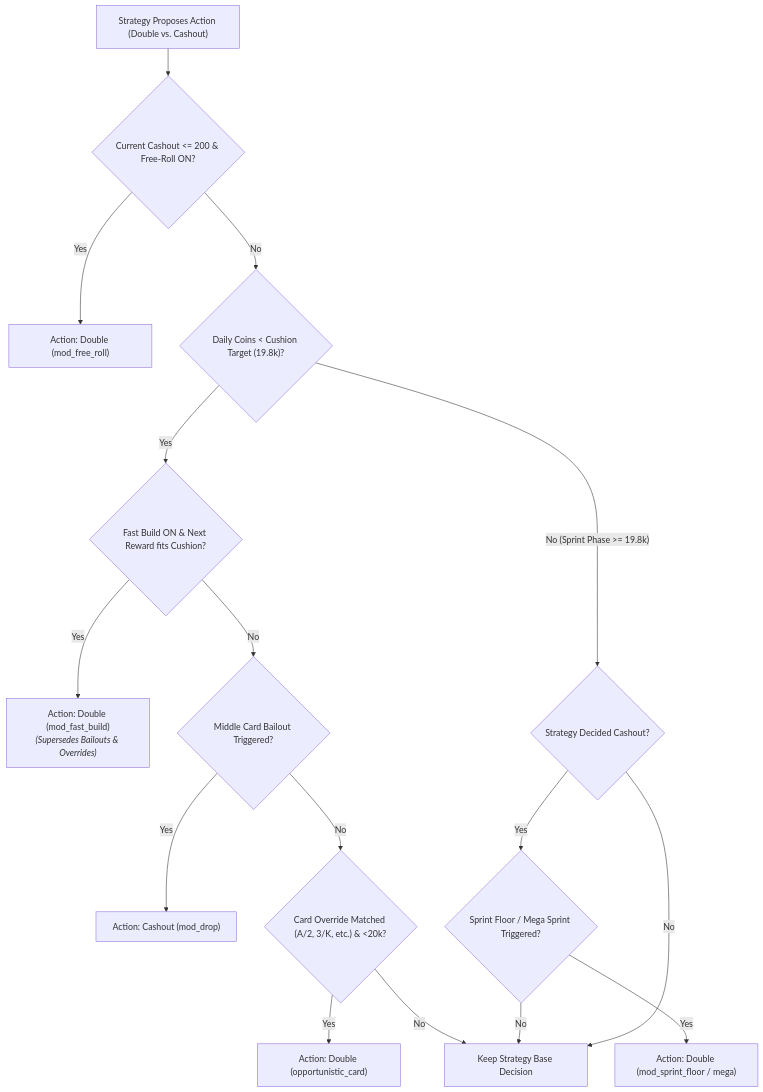
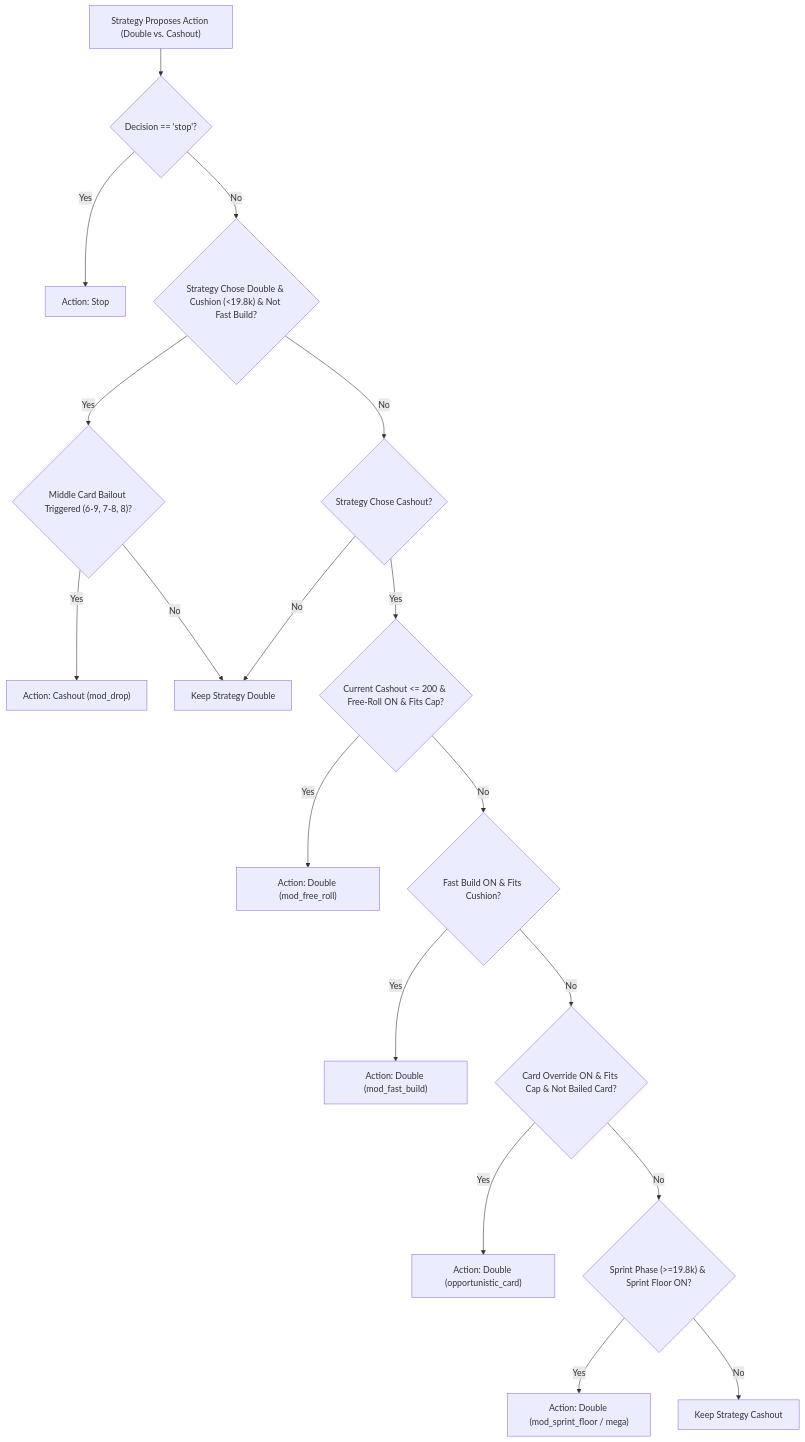
The diagram in AGENTS.md (xAkai97/Hololive-Dreams-Auto-High-Low), drawn with Mermaid before and after one commit. The commit also changed other lines of this file and 39 other files, not shown here.

````diff
--- a/AGENTS.md
+++ b/AGENTS.md
@@ -85,18 +94,20 @@
 ```mermaid
 graph TD
-    A["Strategy Proposes Action (Double vs. Cashout)"] --> B{"Current Cashout <= 200 & Free-Roll ON?"}
-    B -- Yes --> C["Action: Double (mod_free_roll)"]
-    B -- No --> D{"Daily Coins < Cushion Target (19.8k)?"}
-    D -- Yes --> E{"Fast Build ON & Next Reward fits Cushion?"}
-    E -- Yes --> F["Action: Double (mod_fast_build)<br><i>(Supersedes Bailouts & Overrides)</i>"]
-    E -- No --> G{"Middle Card Bailout Triggered?"}
-    G -- Yes --> H["Action: Cashout (mod_drop)"]
-    G -- No --> I{"Card Override Matched (A/2, 3/K, etc.) & <20k?"}
-    I -- Yes --> J["Action: Double (opportunistic_card)"]
-    I -- No --> K["Keep Strategy Base Decision"]
-    D -- No (Sprint Phase >= 19.8k) --> L{"Strategy Decided Cashout?"}
-    L -- Yes --> M{"Sprint Floor / Mega Sprint Triggered?"}
-    M -- Yes --> N["Action: Double (mod_sprint_floor / mega)"]
-    M -- No --> K
-    L -- No --> K
+    A["Strategy Proposes Action (Double vs. Cashout)"] --> B{"Decision == 'stop'?"}
+    B -- Yes --> C["Action: Stop"]
+    B -- No --> D{"Strategy Chose Double & Cushion (<19.8k) & Not Fast Build?"}
+    D -- Yes --> E{"Middle Card Bailout Triggered (6-9, 7-8, 8)?"}
+    E -- Yes --> F["Action: Cashout (mod_drop)"]
+    E -- No --> G["Keep Strategy Double"]
+    D -- No --> H{"Strategy Chose Cashout?"}
+    H -- Yes --> I{"Current Cashout <= 200 & Free-Roll ON & Fits Cap?"}
+    I -- Yes --> J["Action: Double (mod_free_roll)"]
+    I -- No --> K{"Fast Build ON & Fits Cushion?"}
+    K -- Yes --> L["Action: Double (mod_fast_build)"]
+    K -- No --> M{"Card Override ON & Fits Cap & Not Bailed Card?"}
+    M -- Yes --> N["Action: Double (opportunistic_card)"]
+    M -- No --> O{"Sprint Phase (>=19.8k) & Sprint Floor ON?"}
+    O -- Yes --> P["Action: Double (mod_sprint_floor / mega)"]
+    O -- No --> Q["Keep Strategy Cashout"]
+    H -- No --> G
 ```
````
